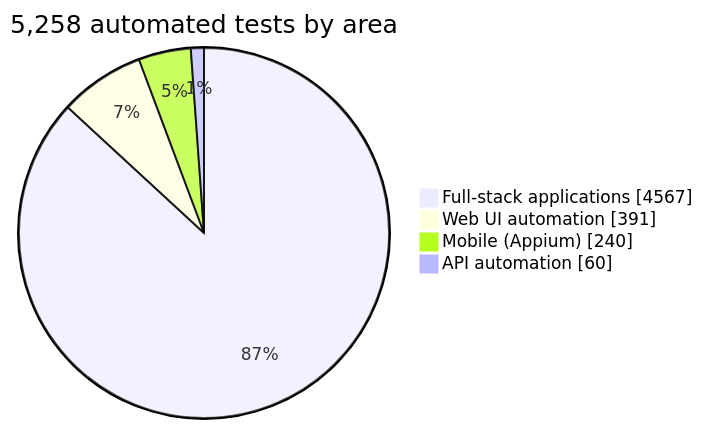
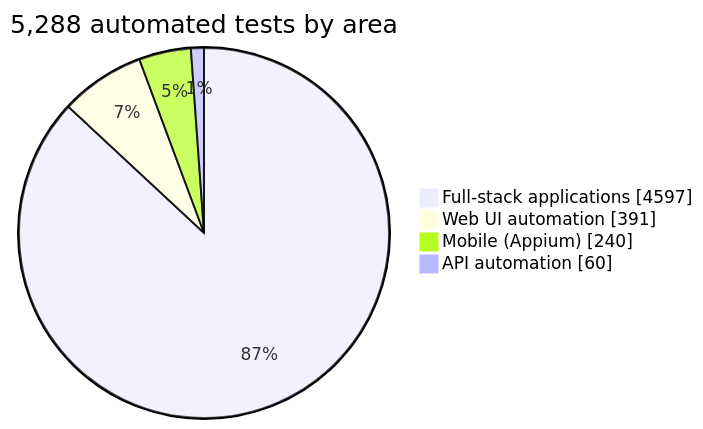
The first of 15 diagrams in README.md (rbchy/rbchy), drawn with Mermaid before and after one commit. The commit also changed other lines of this file and 11 other files, not shown here.

````diff
--- a/README.md
+++ b/README.md
@@ -90,8 +90,8 @@
 ```mermaid
 pie showData
-    title 5,258 automated tests by area
-    "Full-stack applications" : 4567
+    title 5,288 automated tests by area
+    "Full-stack applications" : 4597
     "Web UI automation" : 391
     "Mobile (Appium)" : 240
     "API automation" : 60
 ```
````
